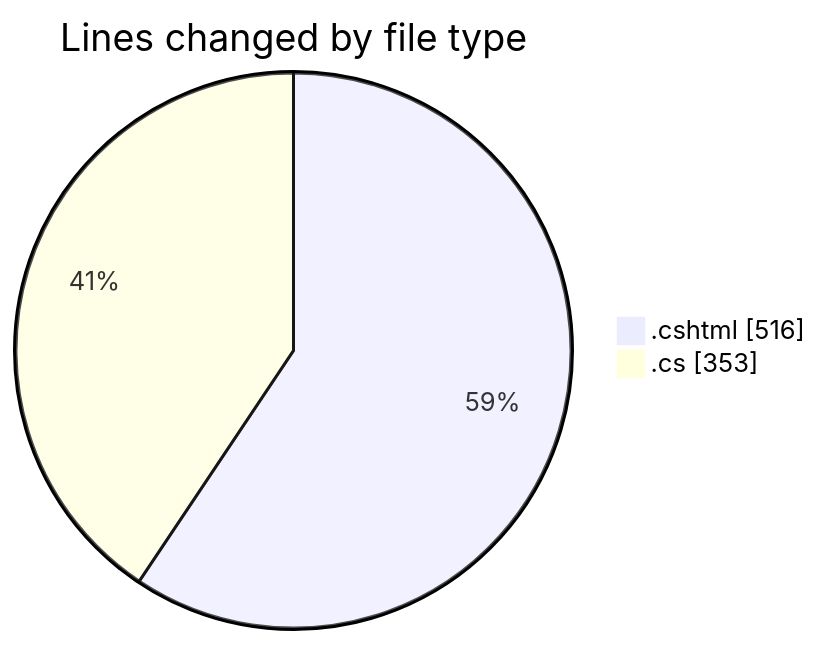
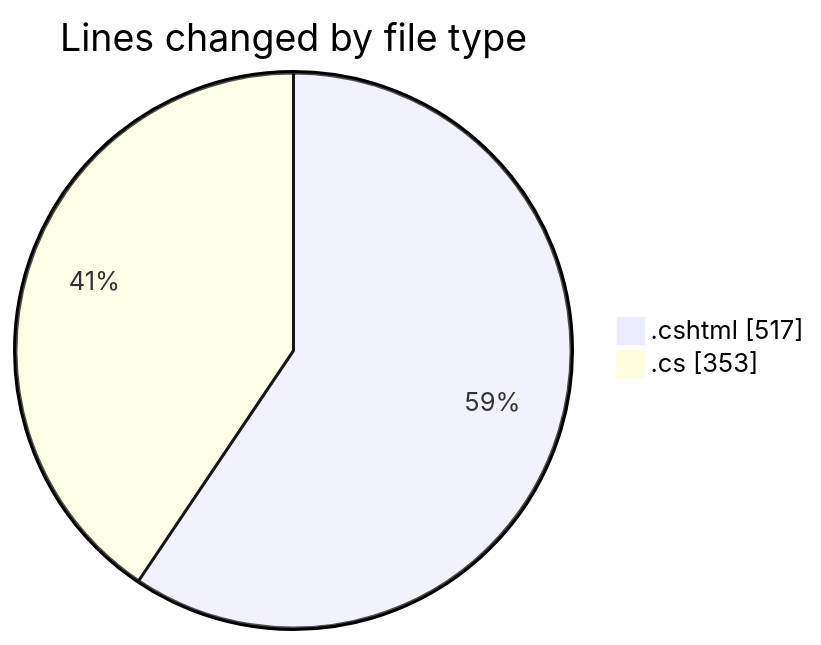
The first of 2 diagrams in 2025-07-17/nhahang/README.md (lephambinh05/code-tracking), drawn with Mermaid before and after one commit. The commit also changed other lines of this file and 1 other file, not shown here.

````diff
--- a/2025-07-17/nhahang/README.md
+++ b/2025-07-17/nhahang/README.md
@@ -32,6 +32,6 @@
 ```mermaid
 pie showData
 title Lines changed by file type
-".cshtml" : 516
+".cshtml" : 517
 ".cs" : 353
 ```
````
